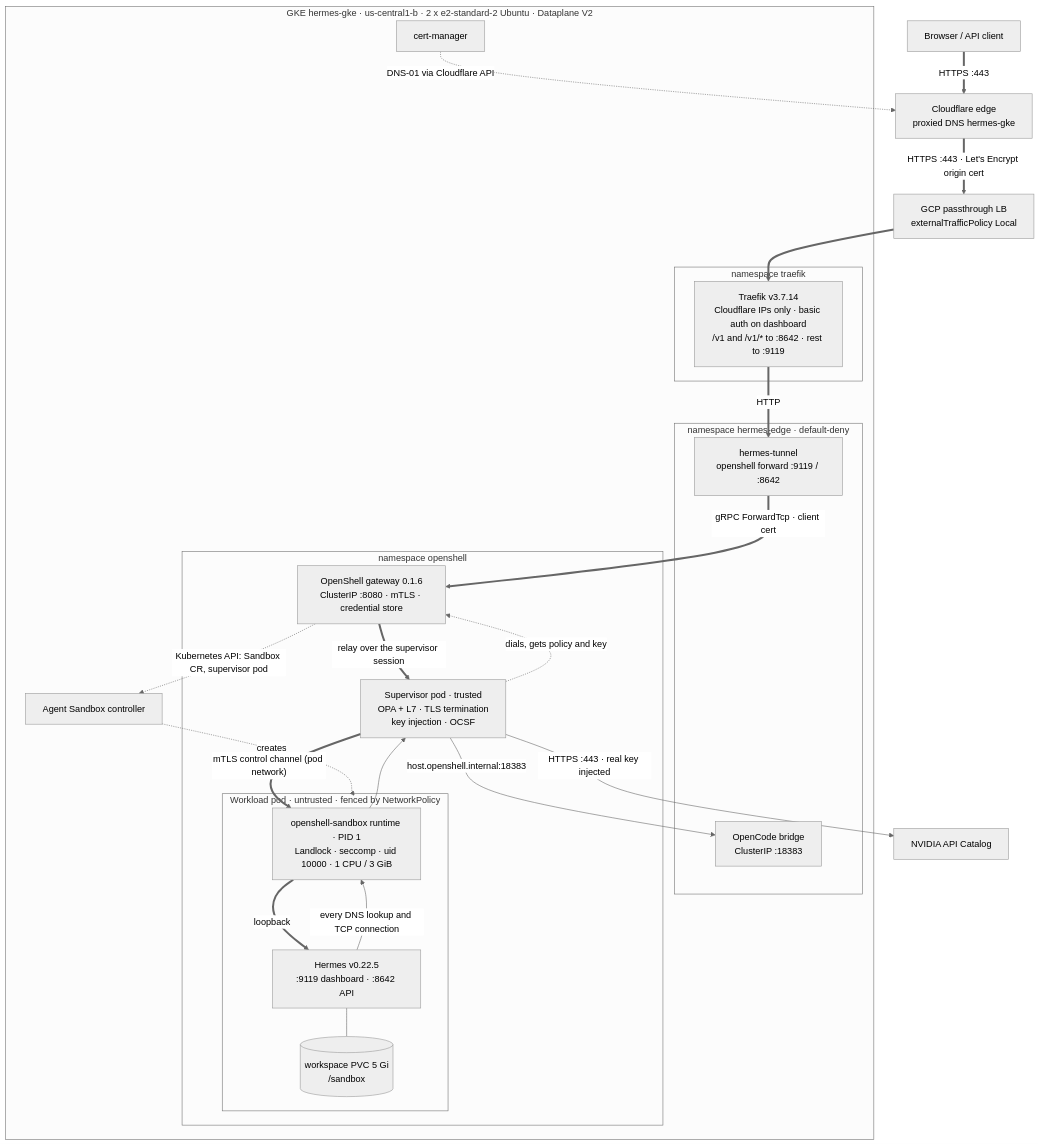
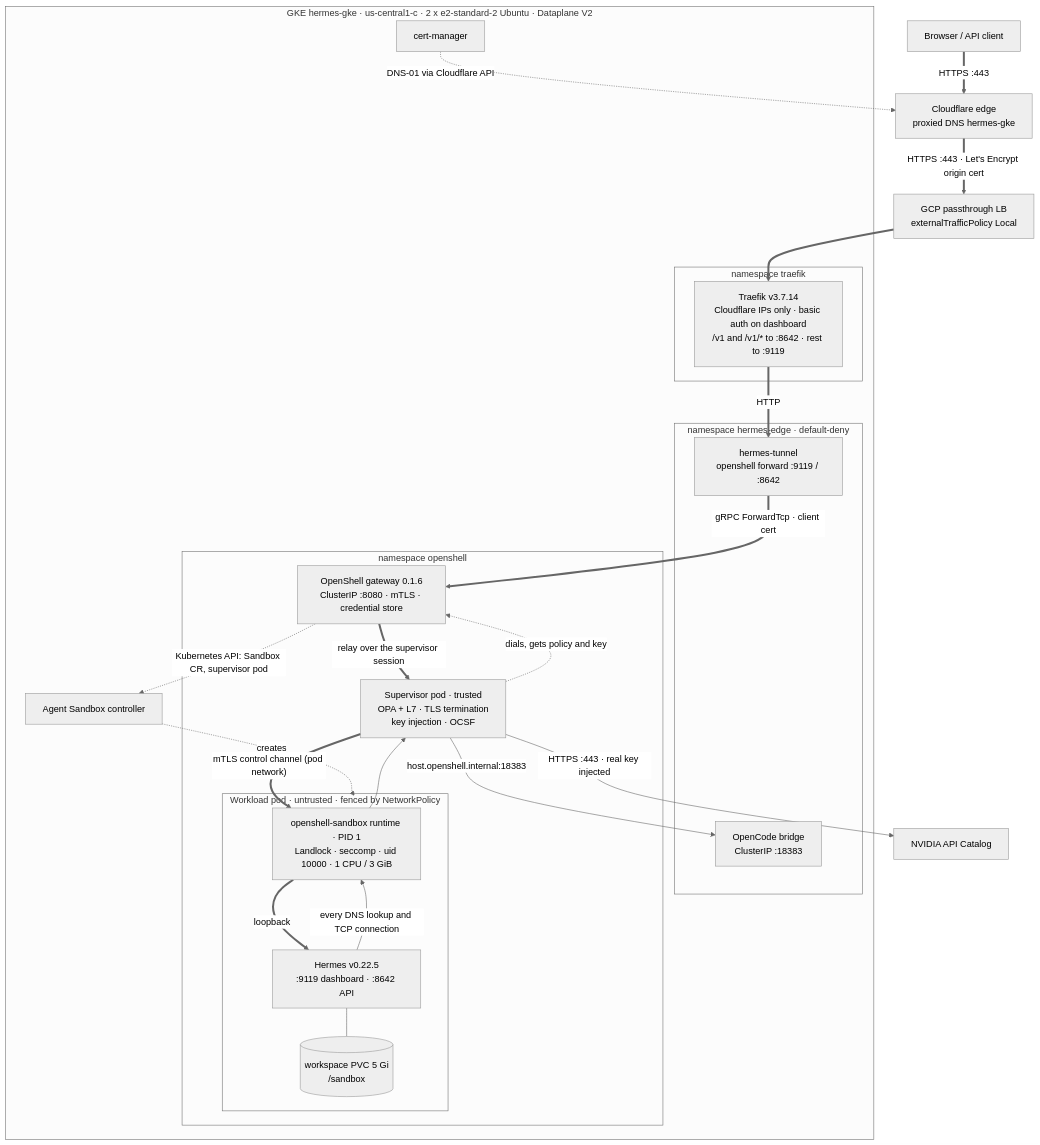
One commit to ch-muhammad-asim/OpenDevOps changed the first of 2 diagrams in sandbox/k8s/README.md. Above: the diagram before and after it, drawn with Mermaid (neutral theme). The commit also changed other lines of this file and 3 other files, not shown here.

````diff
--- a/sandbox/k8s/README.md
+++ b/sandbox/k8s/README.md
@@ -71,44 +71,44 @@
 ```mermaid
 flowchart TB
   U["Browser / API client"] ==>|"HTTPS :443"| CF["Cloudflare edge<br/>proxied DNS hermes-gke"]
   CF ==>|"HTTPS :443 · Let's Encrypt origin cert"| LB["GCP passthrough LB<br/>externalTrafficPolicy Local"]
 
-  subgraph GKE["GKE hermes-gke · us-central1-b · 2 x e2-standard-2 Ubuntu · Dataplane V2"]
+  subgraph GKE["GKE hermes-gke · us-central1-c · 2 x e2-standard-2 Ubuntu · Dataplane V2"]
     subgraph NT["namespace traefik"]
       TR["Traefik v3.7.14<br/>Cloudflare IPs only · basic auth on dashboard<br/>/v1 and /v1/* to :8642 · rest to :9119"]
     end
     subgraph NE["namespace hermes-edge · default-deny"]
       TU["hermes-tunnel<br/>openshell forward :9119 / :8642"]
       BR["OpenCode bridge<br/>ClusterIP :18383"]
     end
     subgraph NO["namespace openshell"]
       GW["OpenShell gateway 0.1.6<br/>ClusterIP :8080 · mTLS · credential store"]
       SUP["Supervisor pod · trusted<br/>OPA + L7 · TLS termination<br/>key injection · OCSF"]
       subgraph WL["Workload pod · untrusted · fenced by NetworkPolicy"]
         RT["openshell-sandbox runtime · PID 1<br/>Landlock · seccomp · uid 10000 · 1 CPU / 3 GiB"]
         H["Hermes v0.22.5<br/>:9119 dashboard · :8642 API"]
         PVC[("workspace PVC 5 Gi<br/>/sandbox")]
       end
     end
     CM["cert-manager"]
     ASC["Agent Sandbox controller"]
   end
 
   LB ==> TR
   TR ==>|"HTTP"| TU
   TU ==>|"gRPC ForwardTcp · client cert"| GW
   GW ==>|"relay over the supervisor session"| SUP
   SUP ==>|"mTLS control channel (pod network)"| RT
   RT ==>|"loopback"| H
   H --- PVC
 
   SUP -.->|"dials, gets policy and key"| GW
   GW -.->|"Kubernetes API: Sandbox CR, supervisor pod"| ASC
   ASC -.->|"creates"| WL
   CM -.->|"DNS-01 via Cloudflare API"| CF
 
   H -->|"every DNS lookup and TCP connection"| RT
   RT --> SUP
   SUP -->|"HTTPS :443 · real key injected"| NV["NVIDIA API Catalog"]
   SUP -->|"host.openshell.internal:18383"| BR
 ```
````
